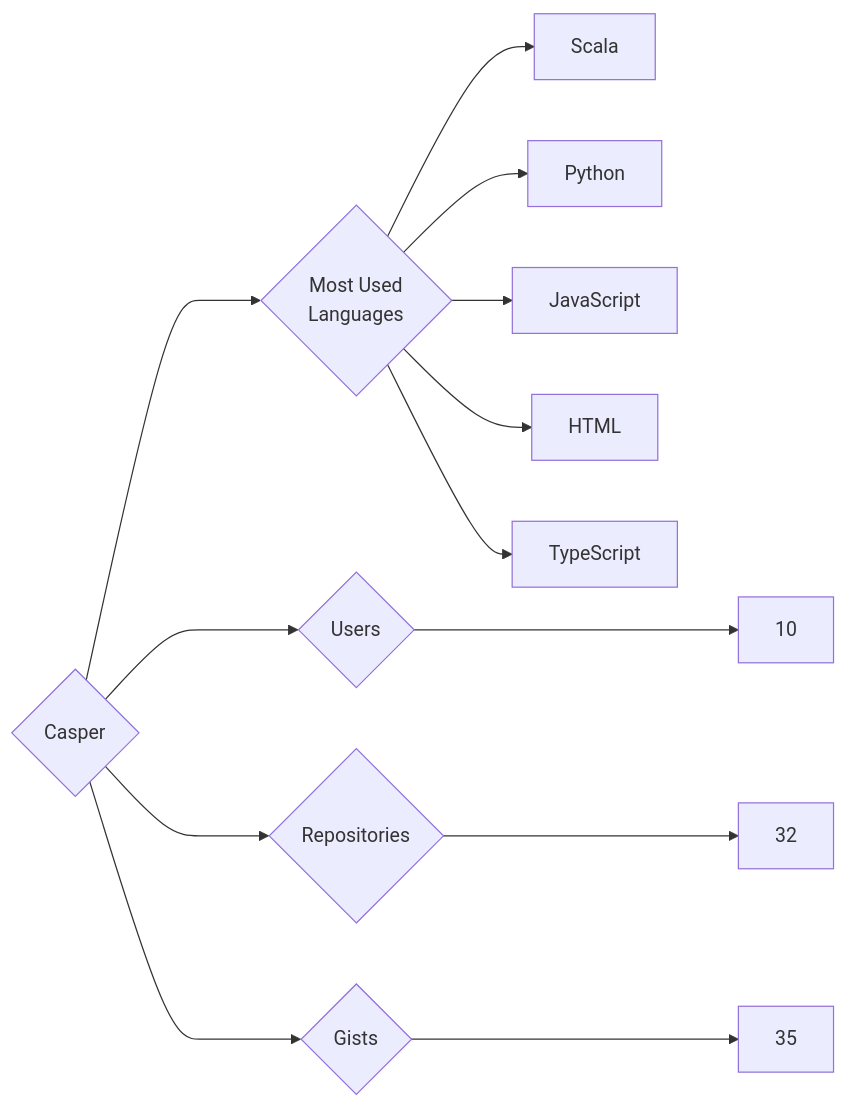
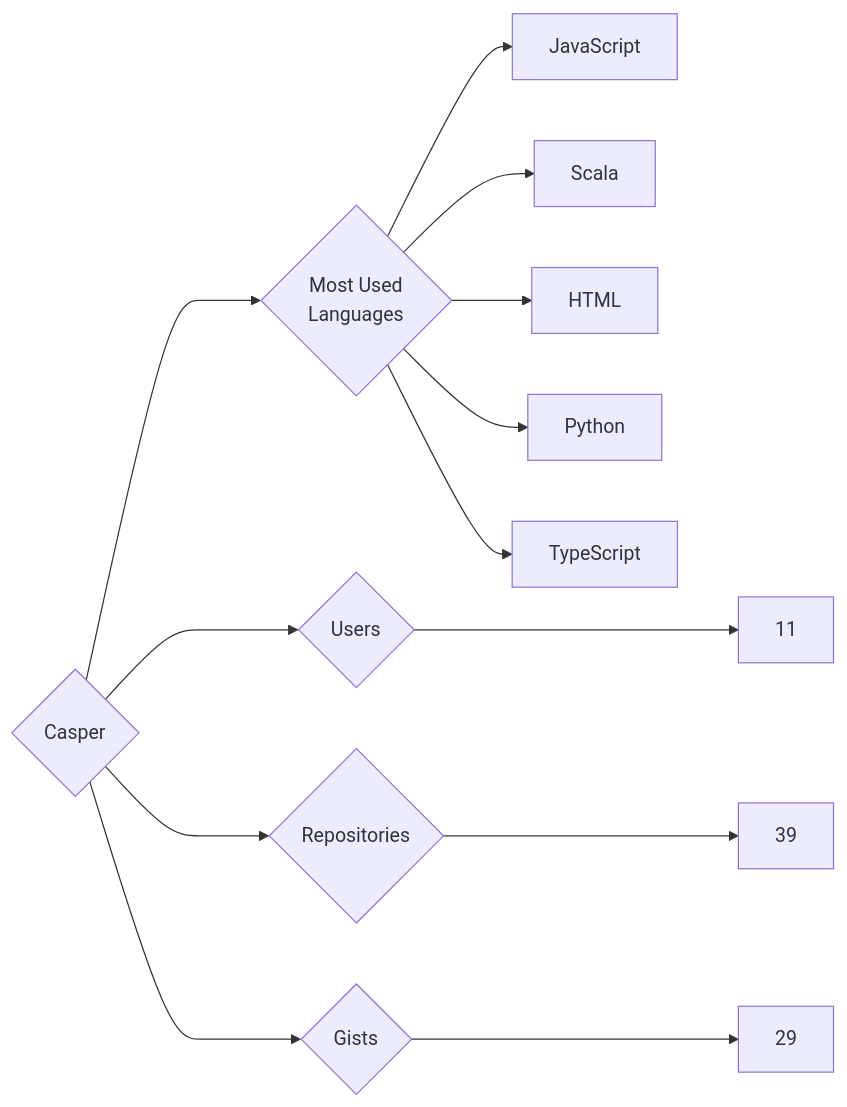
The diagram in targets/Casper/README.md (trickest/insiders), drawn with Mermaid before and after one commit. The commit also changed 772 other files, not shown here.

````diff
--- a/targets/Casper/README.md
+++ b/targets/Casper/README.md
@@ -3,13 +3,13 @@
 ```mermaid
 graph LR
 COMPANY_NAME{Casper}
-COMPANY_NAME ---> U{Users} ---> UN[10]
-COMPANY_NAME ---> R{Repositories} ---> RN[32]
-COMPANY_NAME ---> G{Gists} ---> GN[35]
+COMPANY_NAME ---> U{Users} ---> UN[11]
+COMPANY_NAME ---> R{Repositories} ---> RN[39]
+COMPANY_NAME ---> G{Gists} ---> GN[29]
 COMPANY_NAME ---> ML{Most Used<br>Languages}
+ML --> JavaScript[JavaScript]
 ML --> Scala[Scala]
+ML --> HTML[HTML]
 ML --> Python[Python]
-ML --> JavaScript[JavaScript]
-ML --> HTML[HTML]
 ML --> TypeScript[TypeScript]
 ```
````
